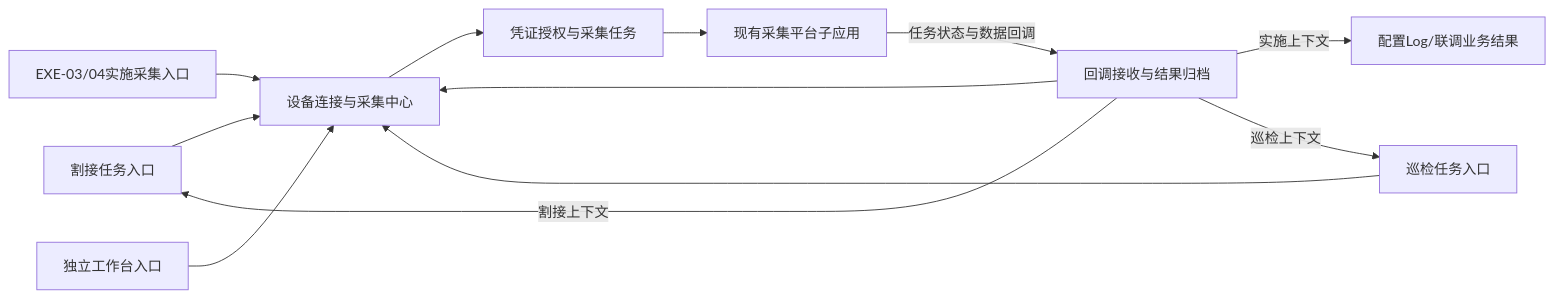
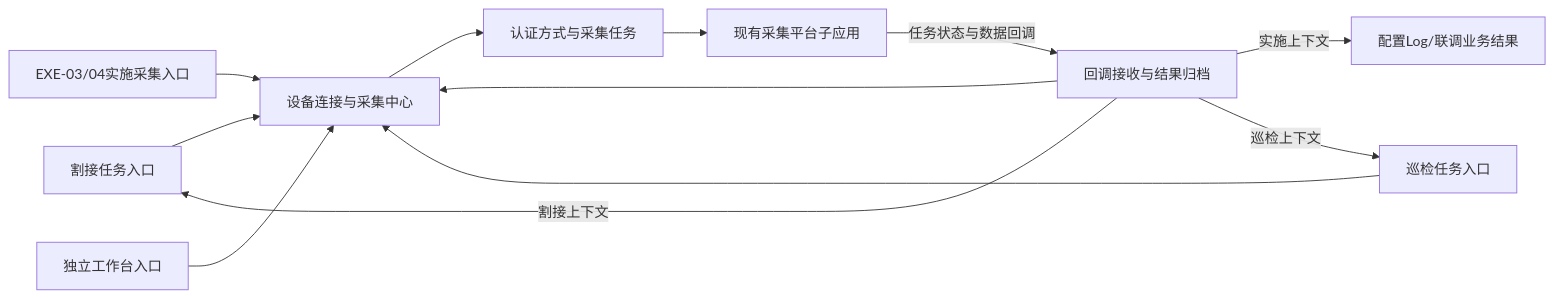
One commit to wrck/NPDMS changed the diagram in docs/reports/2026-08-10-PRD与13领域FR差异审查.md. Above: the diagram before and after it, drawn with Mermaid. The commit also changed other lines of this file and 1 other file, not shown here.

````diff
--- a/docs/reports/2026-08-10-PRD与13领域FR差异审查.md
+++ b/docs/reports/2026-08-10-PRD与13领域FR差异审查.md
@@ -192,14 +193,14 @@
 ```mermaid
 flowchart LR
     CUT[割接任务入口] --> HUB[设备连接与采集中心]
     INS[巡检任务入口] --> HUB
     IMPENTRY[EXE-03/04实施采集入口] --> HUB
     WORK[独立工作台入口] --> HUB
-    HUB --> AUTH[凭证授权与采集任务]
+    HUB --> AUTH[认证方式与采集任务]
     AUTH --> APP[现有采集平台子应用]
     APP -->|任务状态与数据回调| CALLBACK[回调接收与结果归档]
     CALLBACK --> HUB
     CALLBACK -->|实施上下文| IMP[配置Log/联调业务结果]
     CALLBACK -->|割接上下文| CUT
     CALLBACK -->|巡检上下文| INS
 ```
````
